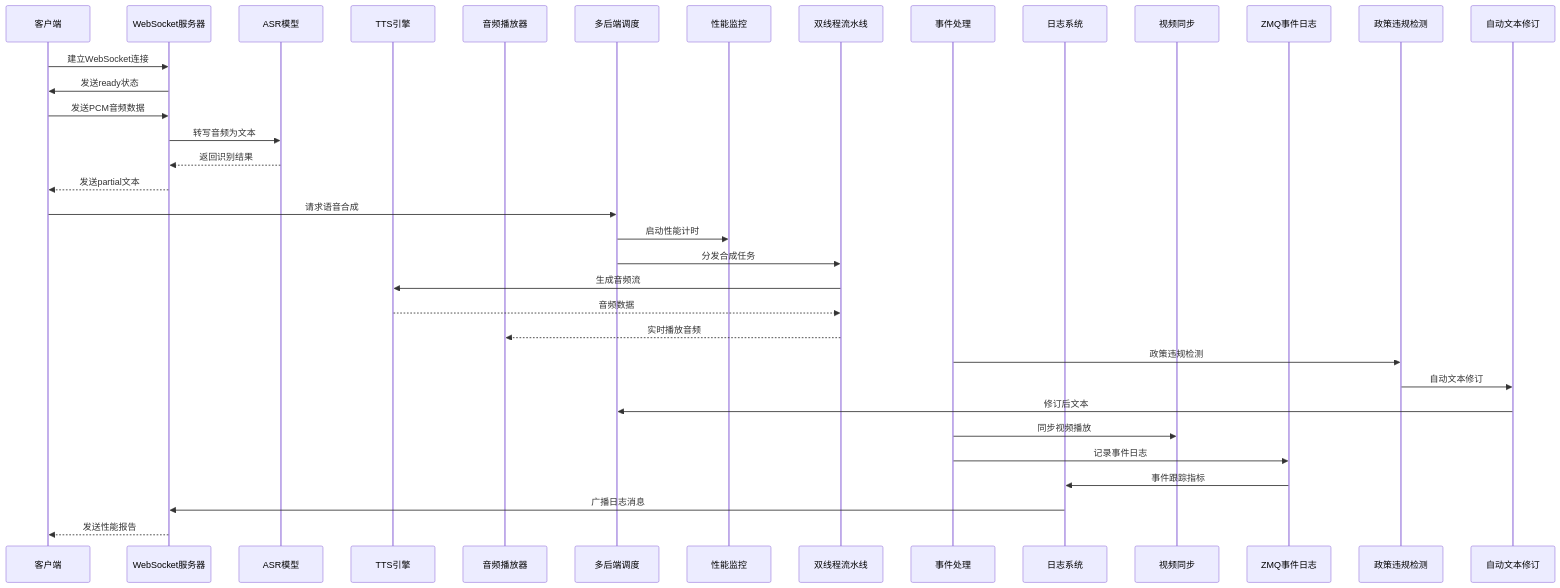
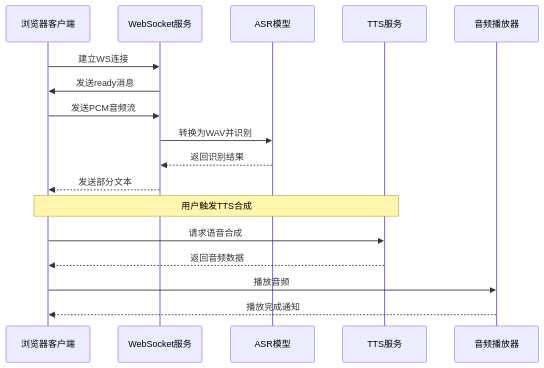
The second of 7 diagrams in .qoder/repowiki/zh/content/语音合成服务/实时TTS合成.md (1024dashen/Vue3Speech), drawn with Mermaid before and after one commit. The commit also changed other lines of this file and 3 other files, not shown here.

````diff
--- a/.qoder/repowiki/zh/content/语音合成服务/实时TTS合成.md
+++ b/.qoder/repowiki/zh/content/语音合成服务/实时TTS合成.md
@@ -500,37 +123,19 @@
 ```mermaid
 sequenceDiagram
-participant Client as 客户端
-participant WebSocket as WebSocket服务器
+participant Browser as 浏览器客户端
+participant WebSocket as WebSocket服务
 participant ASR as ASR模型
-participant TTS as TTS引擎
-participant Audio as 音频播放器
-participant Backend as 多后端调度
-participant Monitor as 性能监控
-participant Threads as 双线程流水线
-participant Events as 事件处理
-participant LogSystem as 日志系统
-participant VideoSync as 视频同步
-participant ZMQEvents as ZMQ事件日志
-participant PolicyCheck as 政策违规检测
-participant AutoRevise as 自动文本修订
-Client->>WebSocket : 建立WebSocket连接
-WebSocket->>Client : 发送ready状态
-Client->>WebSocket : 发送PCM音频数据
-WebSocket->>ASR : 转写音频为文本
+participant TTS as TTS服务
+participant Player as 音频播放器
+Browser->>WebSocket : 建立WS连接
+WebSocket->>Browser : 发送ready消息
+Browser->>WebSocket : 发送PCM音频流
+WebSocket->>ASR : 转换为WAV并识别
 ASR-->>WebSocket : 返回识别结果
-WebSocket-->>Client : 发送partial文本
-Client->>Backend : 请求语音合成
-Backend->>Monitor : 启动性能计时
-Backend->>Threads : 分发合成任务
-Threads->>TTS : 生成音频流
-TTS-->>Threads : 音频数据
-Threads-->>Audio : 实时播放音频
-Events->>PolicyCheck : 政策违规检测
-PolicyCheck->>AutoRevise : 自动文本修订
-AutoRevise->>Backend : 修订后文本
-Events->>VideoSync : 同步视频播放
-Events->>ZMQEvents : 记录事件日志
-ZMQEvents->>LogSystem : 事件跟踪指标
-LogSystem->>WebSocket : 广播日志消息
-WebSocket-->>Client : 发送性能报告
+WebSocket-->>Browser : 发送部分文本
+Note over Browser,TTS : 用户触发TTS合成
+Browser->>TTS : 请求语音合成
+TTS-->>Browser : 返回音频数据
+Browser->>Player : 播放音频
+Player-->>Browser : 播放完成通知
 ```
````
